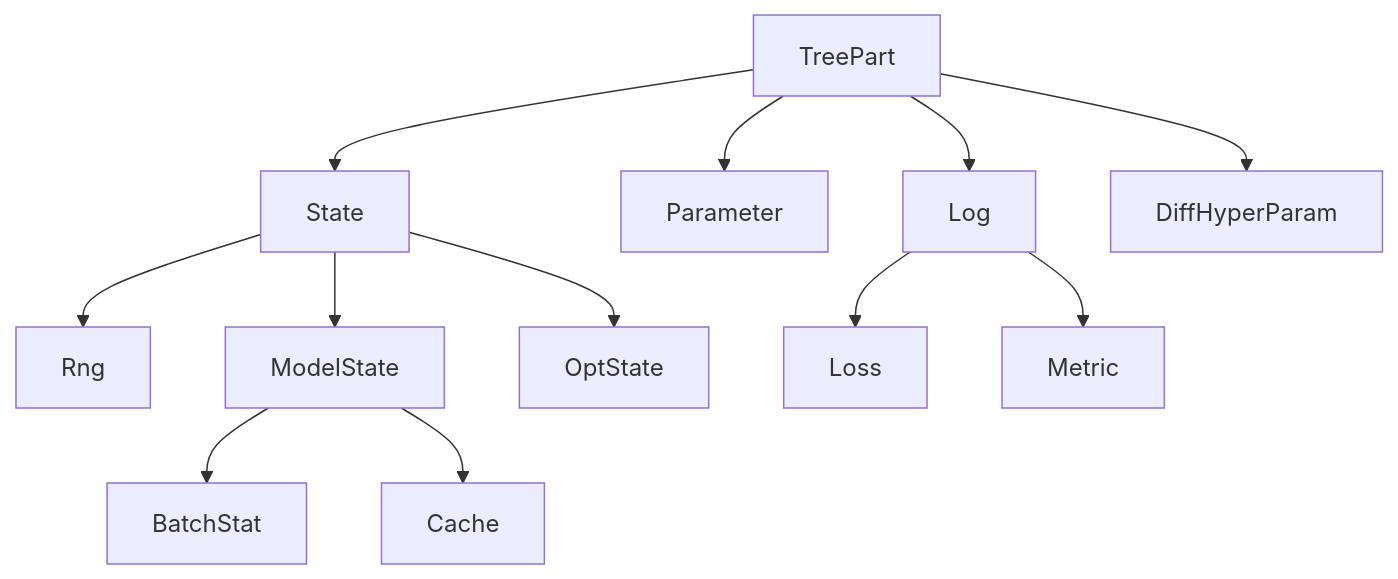
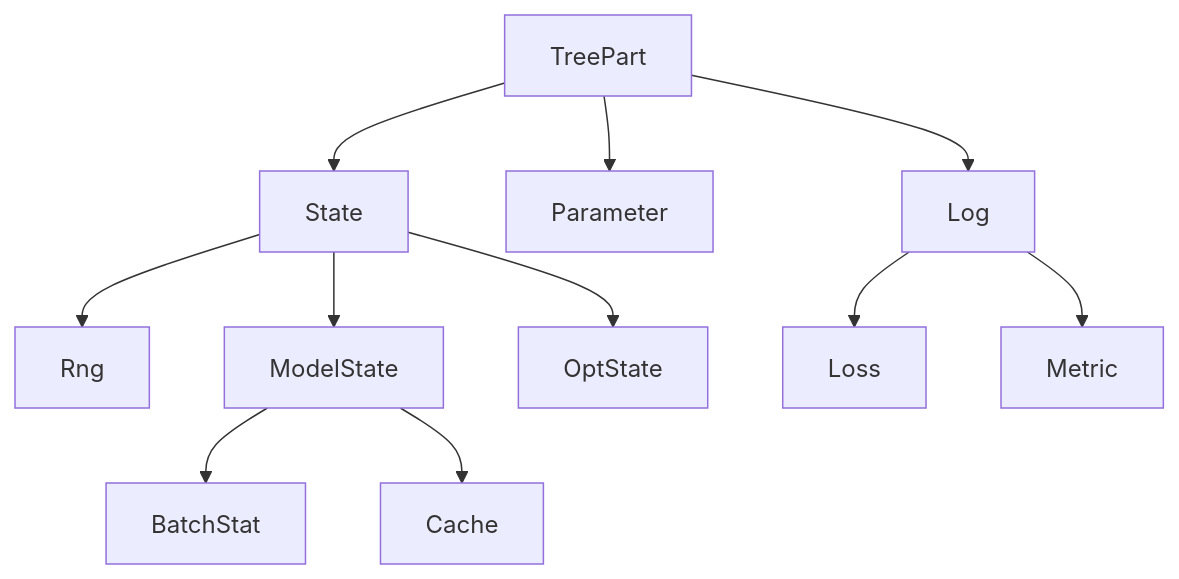
The diagram in README.md (cgarciae/treex), drawn with Mermaid before and after one commit. The commit also changed other lines of this file and 11 other files, not shown here.

````diff
--- a/README.md
+++ b/README.md
@@ -185,14 +187,13 @@
 ```mermaid
 graph TD;
     TreePart-->State;
     TreePart-->Parameter;
     State-->Rng;
     State-->ModelState;
     State-->OptState;
     ModelState-->BatchStat;
     ModelState-->Cache;
     TreePart-->Log;
     Log-->Loss;
     Log-->Metric;
-    TreePart-->DiffHyperParam;
 ```
````
